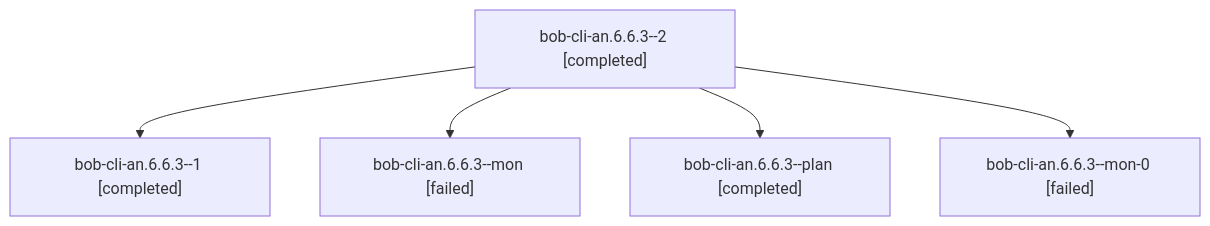
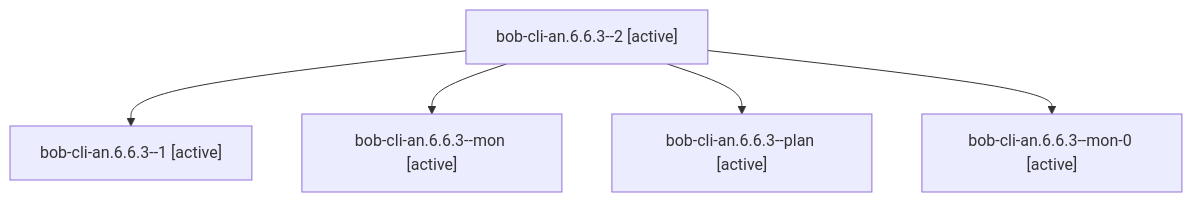
One commit to bobs-org/bob-cli--agents changed the diagram in sessions/bbugyi200.athena.bob-cli-an.6.6.3.md. Above: the diagram before and after it, drawn with Mermaid. The commit also changed other lines of this file and 270 other files, not shown here.

````diff
--- a/sessions/bbugyi200.athena.bob-cli-an.6.6.3.md
+++ b/sessions/bbugyi200.athena.bob-cli-an.6.6.3.md
@@ -9,12 +9,12 @@
 ```mermaid
 flowchart TD
-  n0["bob-cli-an.6.6.3--2 [completed]"]
-  n1["bob-cli-an.6.6.3--1 [completed]"]
+  n0["bob-cli-an.6.6.3--2 [active]"]
+  n1["bob-cli-an.6.6.3--1 [active]"]
   n0 --> n1
-  n2["bob-cli-an.6.6.3--mon [failed]"]
+  n2["bob-cli-an.6.6.3--mon [active]"]
   n0 --> n2
-  n3["bob-cli-an.6.6.3--plan [completed]"]
+  n3["bob-cli-an.6.6.3--plan [active]"]
   n0 --> n3
-  n4["bob-cli-an.6.6.3--mon-0 [failed]"]
+  n4["bob-cli-an.6.6.3--mon-0 [active]"]
   n0 --> n4
 ```
````
